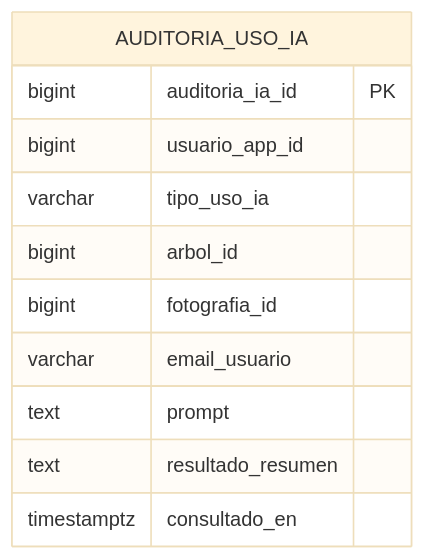
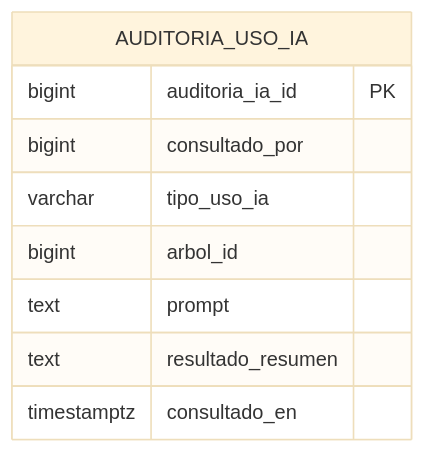
Diagram 18 of 18 in readme.md (LIDR-academy/AI4Devs-finalproject), drawn with Mermaid (base theme) before and after one commit. The commit also changed other lines of this file, not shown here.

Commit message:
Modificación de los diagramas er

````diff
--- a/readme.md
+++ b/readme.md
@@ -1085,14 +1086,12 @@
 ```mermaid
 erDiagram
     AUDITORIA_USO_IA {
         bigint auditoria_ia_id PK
-        bigint usuario_app_id
+        bigint consultado_por
         varchar tipo_uso_ia
         bigint arbol_id
-        bigint fotografia_id
-        varchar email_usuario
         text prompt
         text resultado_resumen
         timestamptz consultado_en
     }
 ```
````
